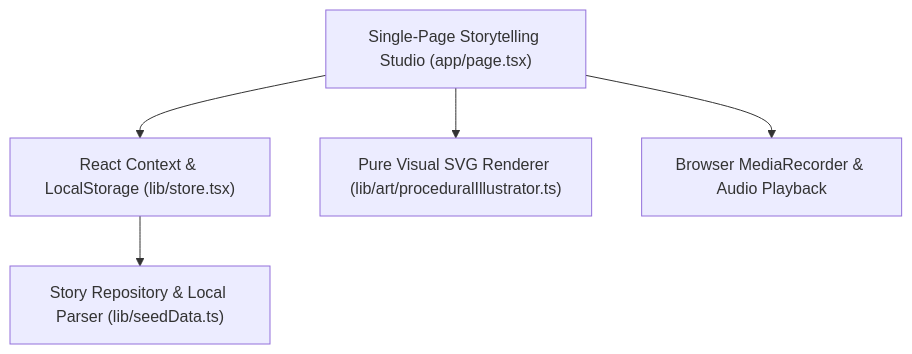
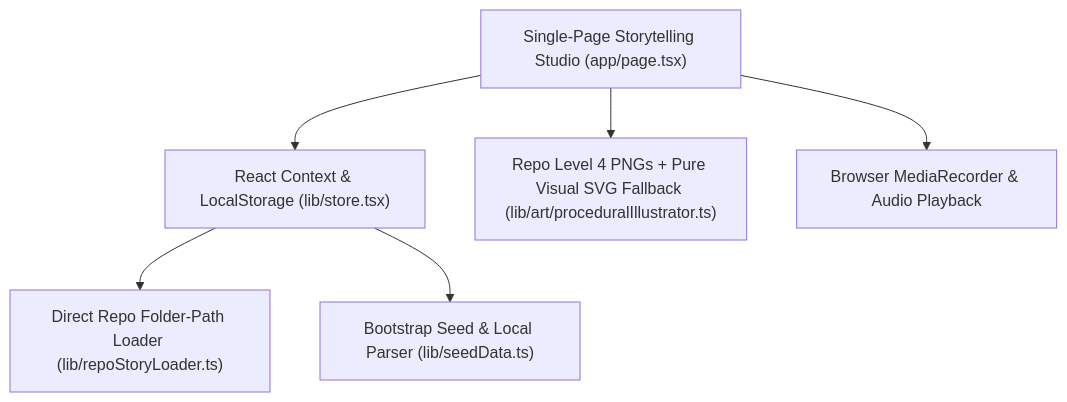
The diagram in harness/specs/01-architecture-overview.md (minhxuvi/ViWaldorf-harness), drawn with Mermaid before and after one commit. The commit also changed other lines of this file and 9 other files, not shown here.

First line of the commit message:
feat: Enhance storytelling structure and content by integrating Genesis story repo

````diff
--- a/harness/specs/01-architecture-overview.md
+++ b/harness/specs/01-architecture-overview.md
@@ -14,7 +14,8 @@
 ```mermaid
 graph TD
     UI["Single-Page Storytelling Studio (app/page.tsx)"] --> STORE["React Context & LocalStorage (lib/store.tsx)"]
-    STORE --> SEED["Story Repository & Local Parser (lib/seedData.ts)"]
-    UI --> ART["Pure Visual SVG Renderer (lib/art/proceduralIllustrator.ts)"]
+    STORE --> LOADER["Direct Repo Folder-Path Loader (lib/repoStoryLoader.ts)"]
+    STORE --> SEED["Bootstrap Seed & Local Parser (lib/seedData.ts)"]
+    UI --> ART["Repo Level 4 PNGs + Pure Visual SVG Fallback (lib/art/proceduralIllustrator.ts)"]
     UI --> MIC["Browser MediaRecorder & Audio Playback"]
 ```
````
